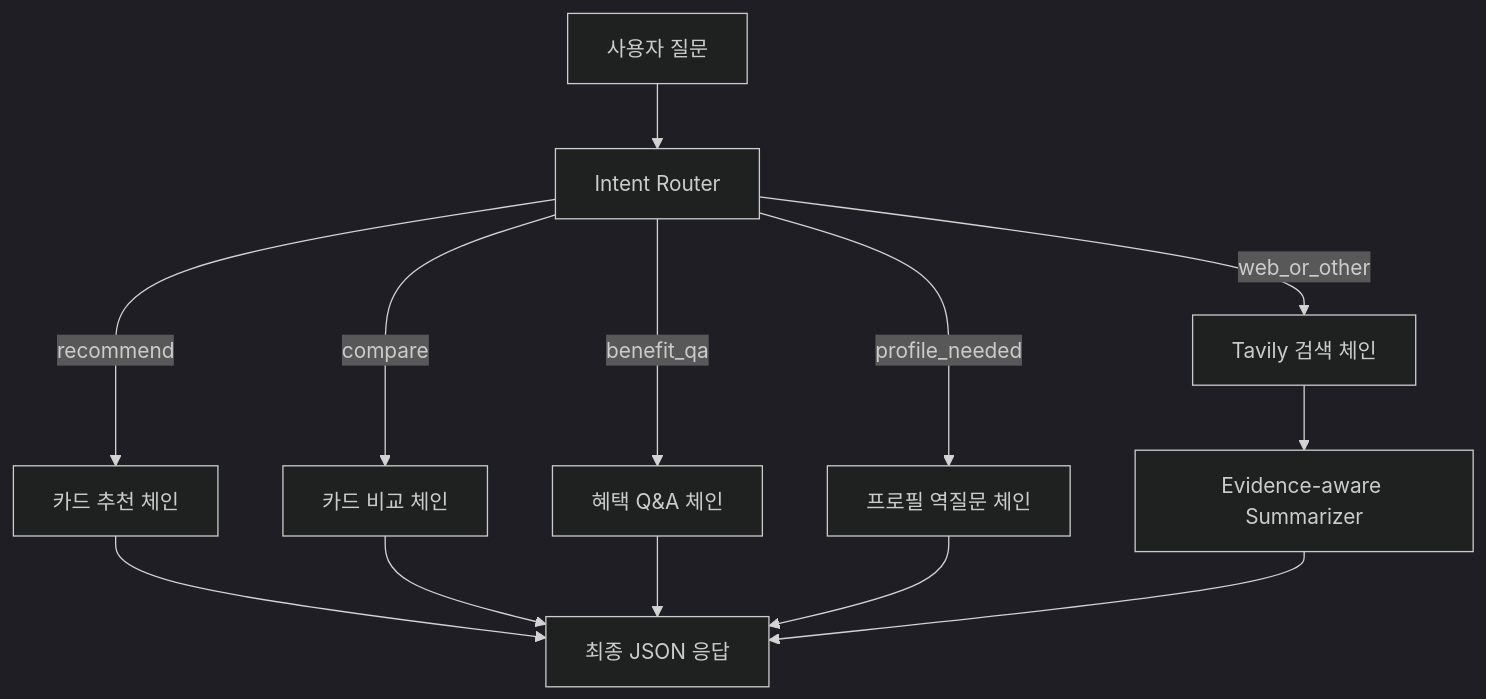
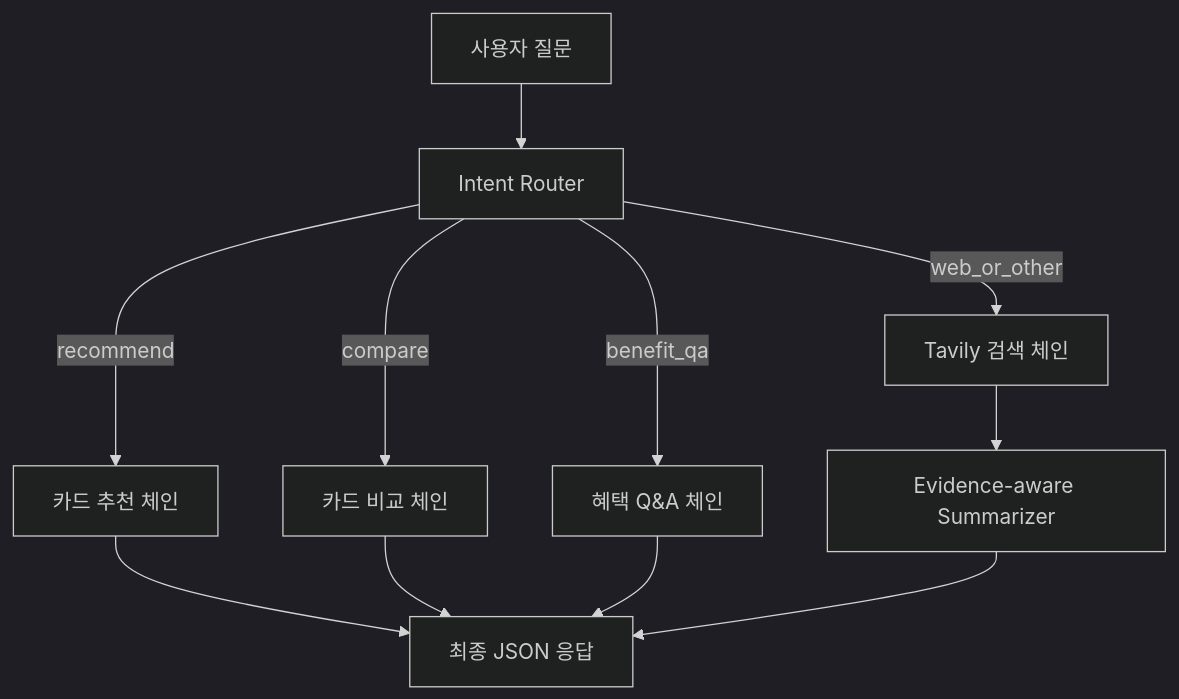
Before and after one commit to ChangMin59/Card_Chatbot: the diagram in README.md, drawn with Mermaid (dark theme). The commit also changed other lines of this file, not shown here.

````diff
--- a/README.md
+++ b/README.md
@@ -112,15 +110,13 @@
 ```mermaid
 flowchart TD
     Q[사용자 질문] --> R[Intent Router]
     R -->|recommend| A[카드 추천 체인]
     R -->|compare| B[카드 비교 체인]
     R -->|benefit_qa| C[혜택 Q&A 체인]
-    R -->|profile_needed| D[프로필 역질문 체인]
     R -->|web_or_other| E[Tavily 검색 체인]
     E --> F[Evidence-aware Summarizer]
     A --> O[최종 JSON 응답]
     B --> O
     C --> O
-    D --> O
     F --> O
 ```
````
